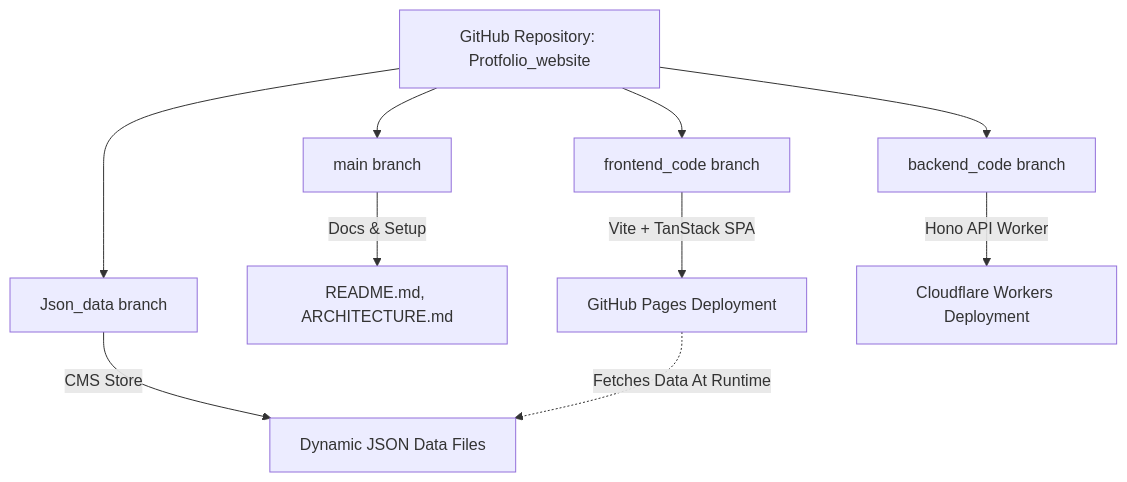
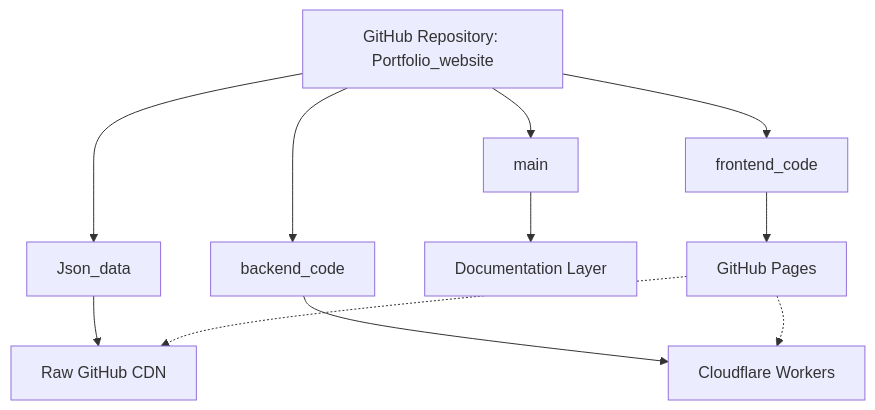
Before and after one commit to Rathoreatri03/Protfolio_website: the first of 5 diagrams in ARCHITECTURE.md, drawn with Mermaid. The commit also changed other lines of this file, not shown here.

Commit message:
docs: overhaul architecture documentation with comprehensive platform and workflow diagrams

````diff
--- a/ARCHITECTURE.md
+++ b/ARCHITECTURE.md
@@ -11,16 +26,19 @@
 ```mermaid
 graph TD
-    repo[GitHub Repository: Protfolio_website]
-    
-    repo --> branchMain[main branch]
-    repo --> branchFront[frontend_code branch]
-    repo --> branchBack[backend_code branch]
-    repo --> branchData[Json_data branch]
-    
-    branchMain --> |Docs & Setup| MainDocs[README.md, ARCHITECTURE.md]
-    branchFront --> |Vite + TanStack SPA| GH_Pages[GitHub Pages Deployment]
-    branchBack --> |Hono API Worker| CF_Workers[Cloudflare Workers Deployment]
-    branchData --> |CMS Store| Raw_JSON[Dynamic JSON Data Files]
-    
-    GH_Pages -.-> |Fetches Data At Runtime| Raw_JSON
+
+    repo[GitHub Repository: Portfolio_website]
+
+    repo --> main[main]
+    repo --> frontend[frontend_code]
+    repo --> backend[backend_code]
+    repo --> json[Json_data]
+
+    main --> docs[Documentation Layer]
+
+    frontend --> ghpages[GitHub Pages]
+    backend --> workers[Cloudflare Workers]
+    json --> rawjson[Raw GitHub CDN]
+
+    ghpages -.-> rawjson
+    ghpages -.-> workers
 ```
````
